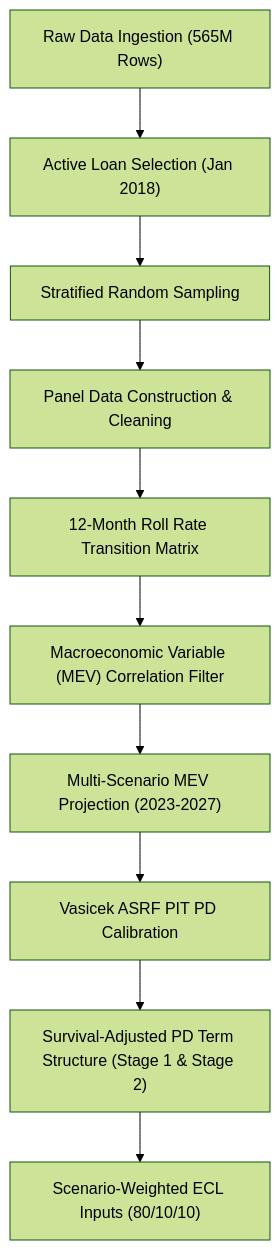
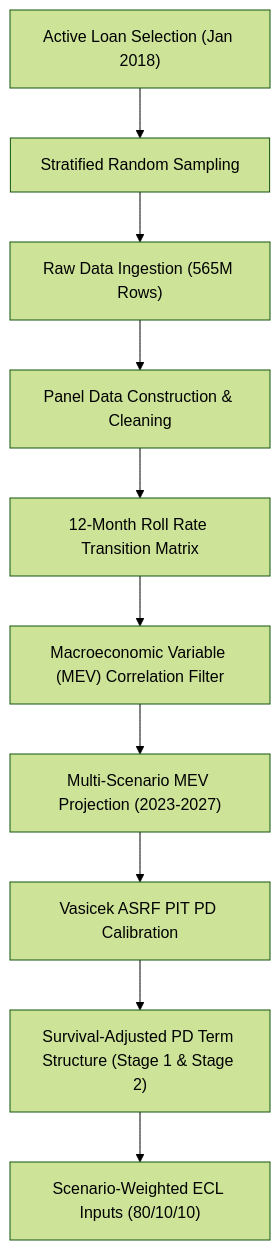
The diagram in README.md (casumitmahato-jpg/Roll-Rate-analysis), drawn with Mermaid (forest theme) before and after one commit.

````diff
--- a/README.md
+++ b/README.md
@@ -32,12 +32,12 @@
 ```mermaid
 graph TD
-    A["Raw Data Ingestion (565M Rows)"] --> B["Active Loan Selection (Jan 2018)"]
-    B --> C["Stratified Random Sampling"]
+    A["Active Loan Selection (Jan 2018)"] --> B["Stratified Random Sampling"]
+    B --> C["Raw Data Ingestion (565M Rows)"]
     C --> D["Panel Data Construction & Cleaning"]
     D --> E["12-Month Roll Rate Transition Matrix"]
     E --> F["Macroeconomic Variable (MEV) Correlation Filter"]
     F --> G["Multi-Scenario MEV Projection (2023-2027)"]
     G --> H["Vasicek ASRF PIT PD Calibration"]
     H --> I["Survival-Adjusted PD Term Structure (Stage 1 & Stage 2)"]
     I --> J["Scenario-Weighted ECL Inputs (80/10/10)"]
 ```
````
